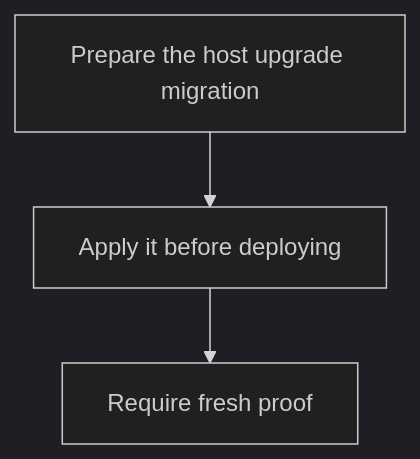
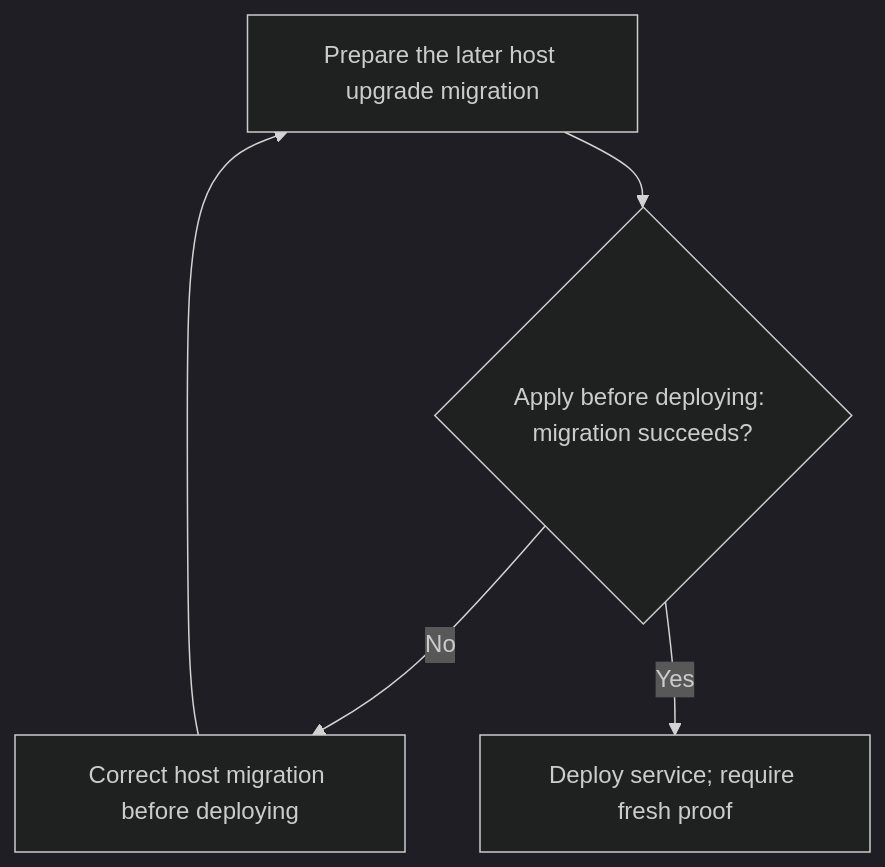
The first of 2 diagrams in user-stories/US-CONFIRM-07-upgrade-confirmation-storage.md (Kevinjohn/oss-adonisjs-confirm-action-with-password), drawn with Mermaid (dark theme) before and after one commit. The commit also changed other lines of this file and 7 other files, not shown here.

Commit message:
docs: verify user story paths and Mermaid flows against implementation

````diff
--- a/user-stories/US-CONFIRM-07-upgrade-confirmation-storage.md
+++ b/user-stories/US-CONFIRM-07-upgrade-confirmation-storage.md
@@ -19,5 +19,7 @@
 ```mermaid
 flowchart TD
-    A["Prepare the host upgrade migration"] --> B["Apply it before deploying"]
-    B --> C["Require fresh proof"]
+    A["Prepare the later host upgrade migration"] --> B{"Apply before deploying: migration succeeds?"}
+    B -->|No| D["Correct host migration before deploying"]
+    D --> A
+    B -->|Yes| C["Deploy service; require fresh proof"]
 ```
````
